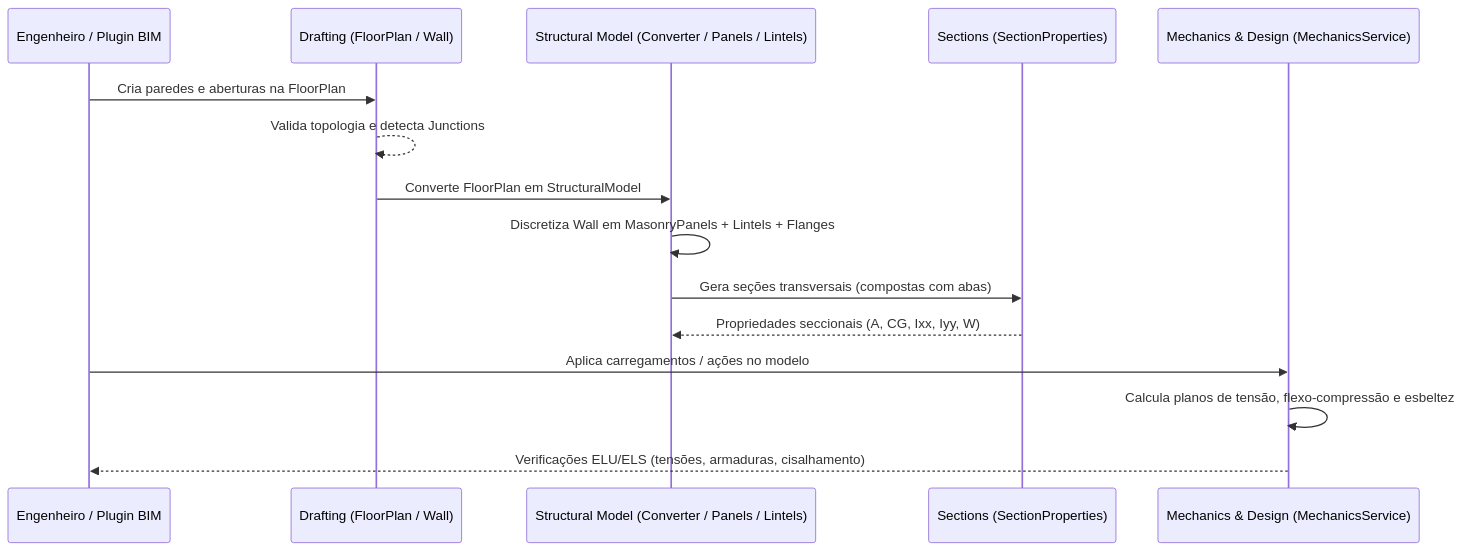
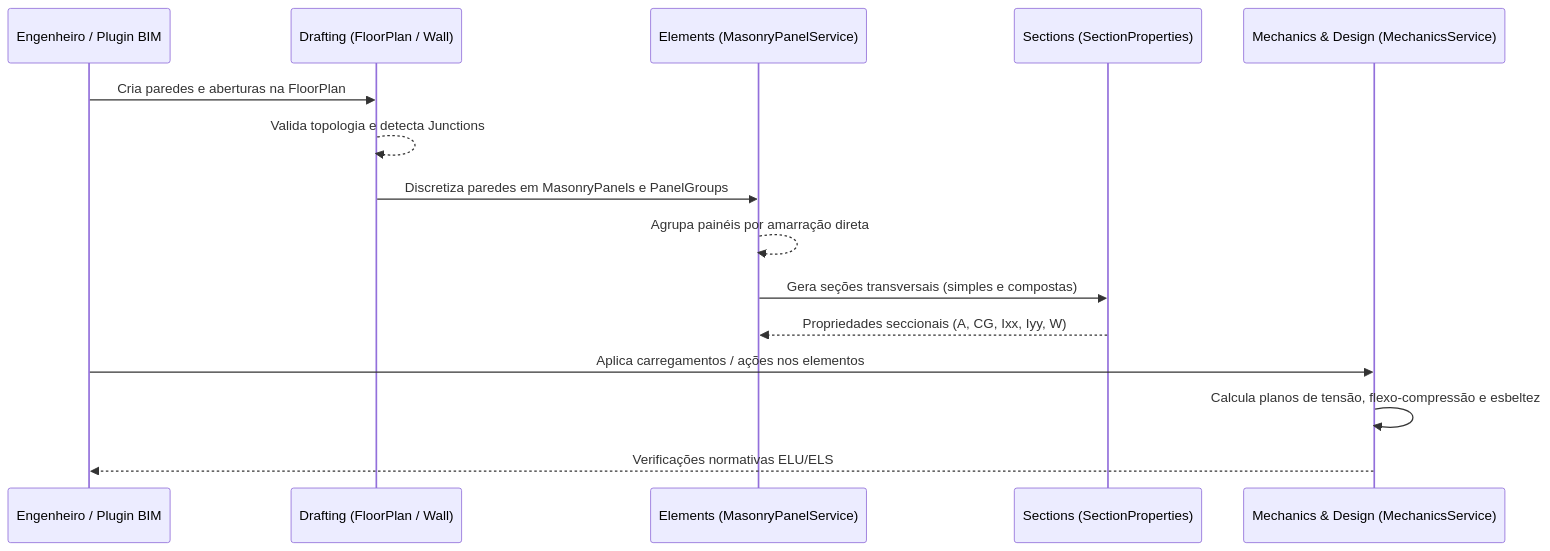
Before and after one commit to BrunoFurlam/pymasondesign: the second of 2 diagrams in ARCHITECTURE.md, drawn with Mermaid. The commit also changed other lines of this file and 1 other file, not shown here.

Commit message:
docs: update ARCHITECTURE.md and PROJECT_CONTEXT.md with elements module and junction queries

````diff
--- a/ARCHITECTURE.md
+++ b/ARCHITECTURE.md
@@ -171,18 +169,18 @@
 ```mermaid
 sequenceDiagram
     participant User as Engenheiro / Plugin BIM
     participant Drafting as Drafting (FloorPlan / Wall)
-    participant Model as Structural Model (Converter / Panels / Lintels)
+    participant Elements as Elements (MasonryPanelService)
     participant Sect as Sections (SectionProperties)
     participant Mech as Mechanics & Design (MechanicsService)
 
     User->>Drafting: Cria paredes e aberturas na FloorPlan
     Drafting-->>Drafting: Valida topologia e detecta Junctions
-    Drafting->>Model: Converte FloorPlan em StructuralModel
-    Model->>Model: Discretiza Wall em MasonryPanels + Lintels + Flanges
-    Model->>Sect: Gera seções transversais (compostas com abas)
-    Sect-->>Model: Propriedades seccionais (A, CG, Ixx, Iyy, W)
-    User->>Mech: Aplica carregamentos / ações no modelo
+    Drafting->>Elements: Discretiza paredes em MasonryPanels e PanelGroups
+    Elements-->>Elements: Agrupa painéis por amarração direta
+    Elements->>Sect: Gera seções transversais (simples e compostas)
+    Sect-->>Elements: Propriedades seccionais (A, CG, Ixx, Iyy, W)
+    User->>Mech: Aplica carregamentos / ações nos elementos
     Mech->>Mech: Calcula planos de tensão, flexo-compressão e esbeltez
-    Mech-->>User: Verificações ELU/ELS (tensões, armaduras, cisalhamento)
+    Mech-->>User: Verificações normativas ELU/ELS
 ```
````
